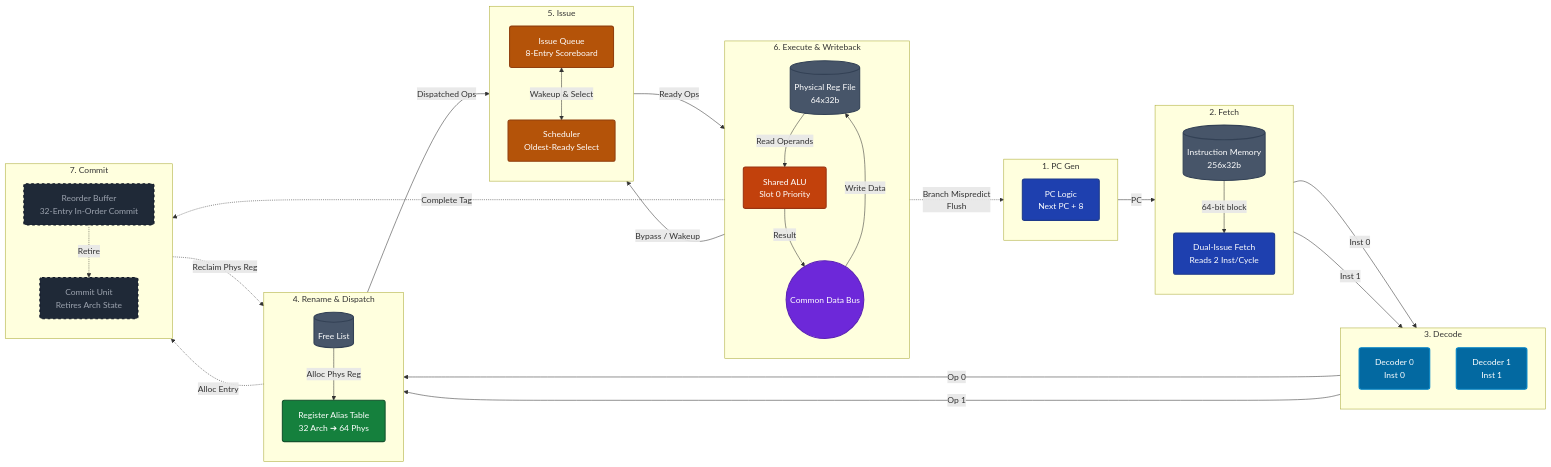
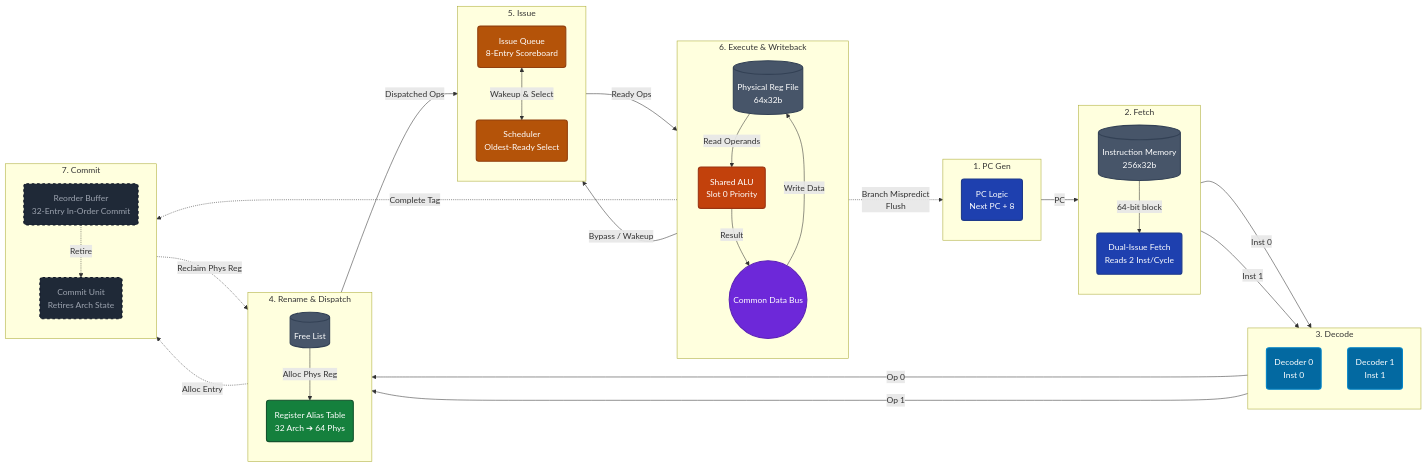
One commit to devtyagi3909/riscv-ooo-core changed the diagram in README.md. Above: the diagram before and after it, drawn with Mermaid. The commit also changed other lines of this file and 1 other file, not shown here.

Commit message:
docs: fix mermaid styling, fix svg query param, enhance svg responsiveness

````diff
--- a/README.md
+++ b/README.md
@@ -40,82 +40,82 @@
 ```mermaid
 flowchart LR
-    classDef fetch fill:#1e40af,stroke:#1e3a8a,stroke-width:2px,color:#fff,rx:4px,ry:4px
-    classDef decode fill:#0369a1,stroke:#0284c7,stroke-width:2px,color:#fff,rx:4px,ry:4px
-    classDef rename fill:#15803d,stroke:#14532d,stroke-width:2px,color:#fff,rx:4px,ry:4px
-    classDef issue fill:#b45309,stroke:#92400e,stroke-width:2px,color:#fff,rx:4px,ry:4px
-    classDef execute fill:#c2410c,stroke:#9a3412,stroke-width:2px,color:#fff,rx:4px,ry:4px
-    classDef memory fill:#475569,stroke:#334155,stroke-width:2px,color:#fff,rx:4px,ry:4px
-    classDef cdb fill:#6d28d9,stroke:#5b21b6,stroke-width:2px,color:#fff,rx:4px,ry:4px
-    classDef unwired fill:#1f2937,stroke:#111827,stroke-width:2px,color:#9ca3af,rx:4px,ry:4px,stroke-dasharray: 5 5
+    classDef fetch fill:#1e40af,stroke:#1e3a8a,stroke-width:2px,color:#fff
+    classDef decode fill:#0369a1,stroke:#0284c7,stroke-width:2px,color:#fff
+    classDef rename fill:#15803d,stroke:#14532d,stroke-width:2px,color:#fff
+    classDef issue fill:#b45309,stroke:#92400e,stroke-width:2px,color:#fff
+    classDef execute fill:#c2410c,stroke:#9a3412,stroke-width:2px,color:#fff
+    classDef memory fill:#475569,stroke:#334155,stroke-width:2px,color:#fff
+    classDef cdb fill:#6d28d9,stroke:#5b21b6,stroke-width:2px,color:#fff
+    classDef unwired fill:#1f2937,stroke:#111827,stroke-width:2px,color:#9ca3af,stroke-dasharray: 5 5
 
     %% Pipeline Stages
     subgraph PC_GEN [1. PC Gen]
         direction TB
-        PC[PC Logic<br>Next PC + 8]:::fetch
+        PC(PC Logic<br>Next PC + 8):::fetch
     end
 
     subgraph FETCH [2. Fetch]
         direction TB
         IMEM[(Instruction Memory<br>256x32b)]:::memory
-        F_Unit[Dual-Issue Fetch<br>Reads 2 Inst/Cycle]:::fetch
+        F_Unit(Dual-Issue Fetch<br>Reads 2 Inst/Cycle):::fetch
     end
 
     subgraph DECODE [3. Decode]
         direction TB
-        D_Unit0[Decoder 0<br>Inst 0]:::decode
-        D_Unit1[Decoder 1<br>Inst 1]:::decode
+        D_Unit0(Decoder 0<br>Inst 0):::decode
+        D_Unit1(Decoder 1<br>Inst 1):::decode
     end
 
     subgraph RENAME [4. Rename & Dispatch]
         direction TB
-        RAT[Register Alias Table<br>32 Arch ➔ 64 Phys]:::rename
+        RAT(Register Alias Table<br>32 Arch ➔ 64 Phys):::rename
         FreeList[(Free List)]:::memory
     end
 
     subgraph ISSUE [5. Issue]
         direction TB
-        IQ[Issue Queue<br>8-Entry Scoreboard]:::issue
-        Sched[Scheduler<br>Oldest-Ready Select]:::issue
+        IQ(Issue Queue<br>8-Entry Scoreboard):::issue
+        Sched(Scheduler<br>Oldest-Ready Select):::issue
     end
 
     subgraph EXECUTE [6. Execute & Writeback]
         direction TB
         PRF[(Physical Reg File<br>64x32b)]:::memory
-        ALU[Shared ALU<br>Slot 0 Priority]:::execute
+        ALU(Shared ALU<br>Slot 0 Priority):::execute
         CDB((Common Data Bus)):::cdb
     end
 
     subgraph COMMIT [7. Commit]
         direction TB
-        ROB[Reorder Buffer<br>32-Entry In-Order Commit]:::unwired
-        C_Unit[Commit Unit<br>Retires Arch State]:::unwired
+        ROB(Reorder Buffer<br>32-Entry In-Order Commit):::unwired
+        C_Unit(Commit Unit<br>Retires Arch State):::unwired
     end
 
     %% Flow Connections
     PC -->|PC| IMEM
     IMEM -->|64-bit block| F_Unit
     F_Unit -->|Inst 0| D_Unit0
     F_Unit -->|Inst 1| D_Unit1
     
     D_Unit0 -->|Op 0| RAT
     D_Unit1 -->|Op 1| RAT
     FreeList -->|Alloc Phys Reg| RAT
     
     RAT -->|Dispatched Ops| IQ
     IQ <-->|Wakeup & Select| Sched
     Sched -->|Ready Ops| ALU
     
     PRF -->|Read Operands| ALU
     ALU -->|Result| CDB
     CDB -->|Write Data| PRF
     CDB -->|Bypass / Wakeup| IQ
     
     %% Commit connections
     RAT -.->|Alloc Entry| ROB
     CDB -.->|Complete Tag| ROB
     ROB -.->|Retire| C_Unit
     C_Unit -.->|Reclaim Phys Reg| FreeList
     
     %% Branch Mispredict
     ALU -.->|Branch Mispredict<br>Flush| PC
 ```
````
